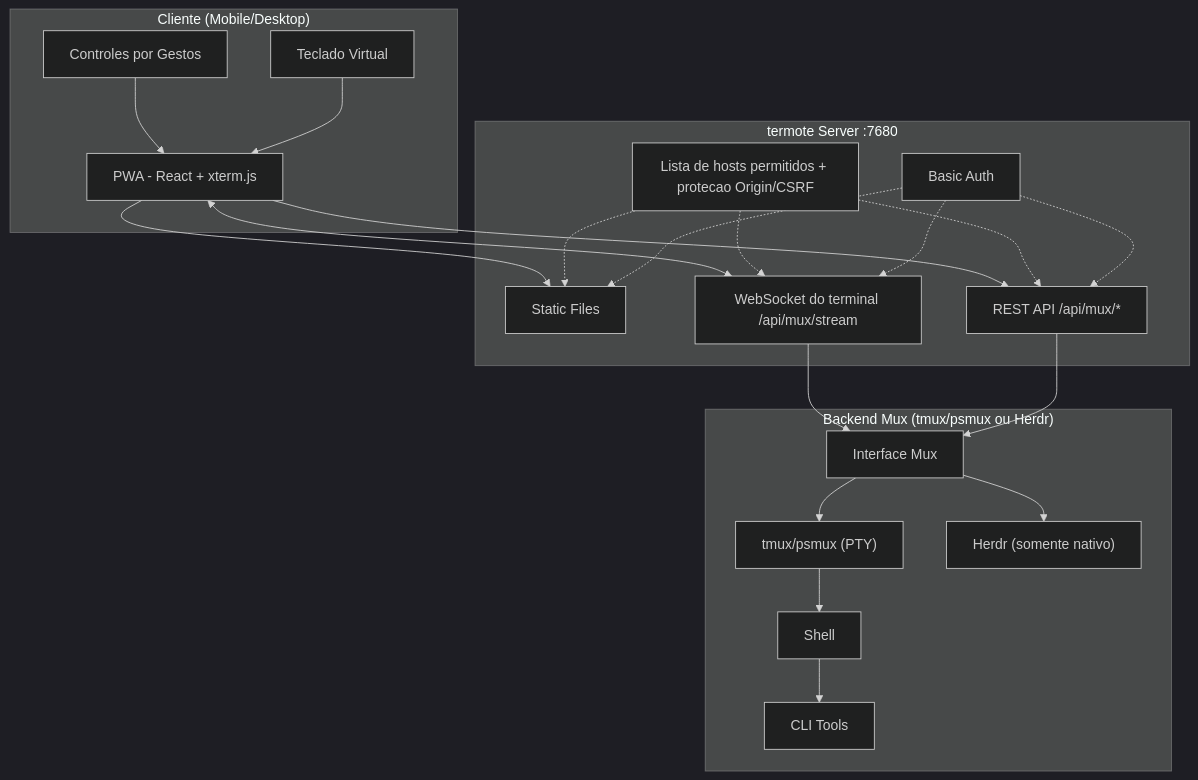
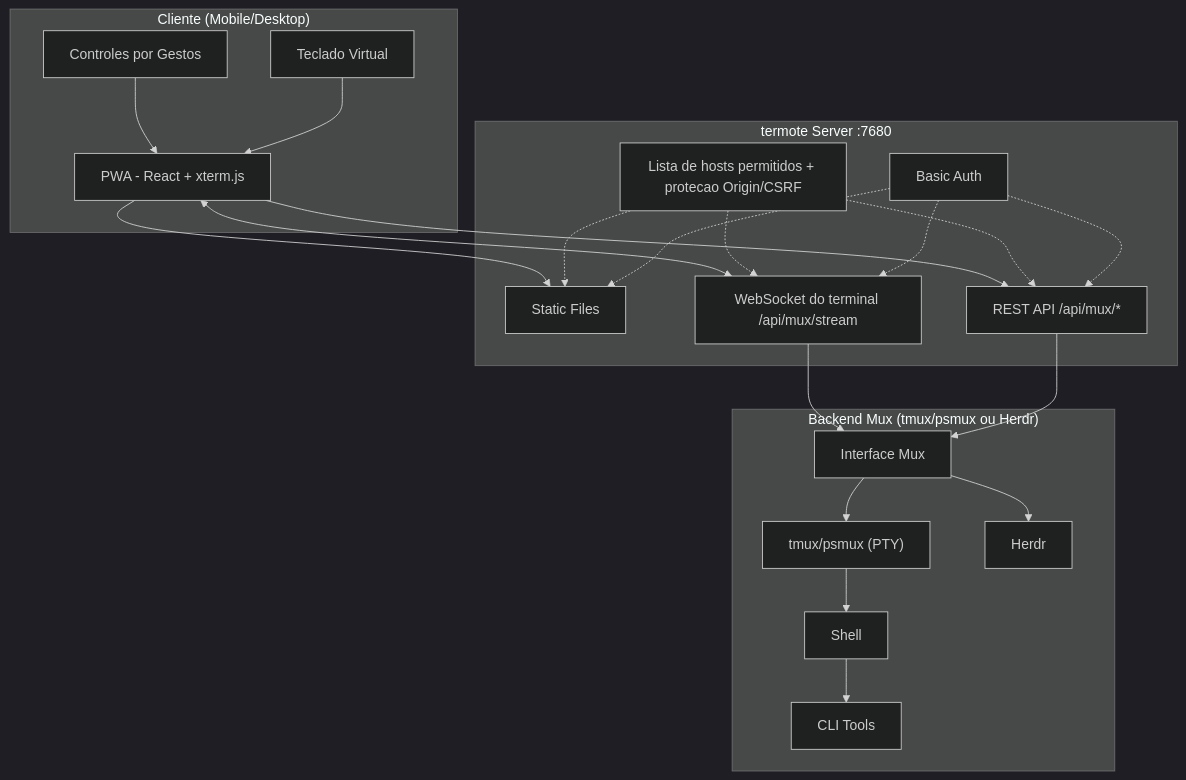
One commit to lamngockhuong/termote changed the first of 2 diagrams in README.pt-BR.md. Above: the diagram before and after it, drawn with Mermaid (dark theme). The commit also changed other lines of this file and 36 other files, not shown here.

````diff
--- a/README.pt-BR.md
+++ b/README.pt-BR.md
@@ -65,36 +65,36 @@
 ```mermaid
 flowchart TB
     subgraph Client["Cliente (Mobile/Desktop)"]
         PWA["PWA - React + xterm.js"]
         Gestures["Controles por Gestos"]
         Keyboard["Teclado Virtual"]
     end
 
     subgraph Server["termote Server :7680"]
         Static["Static Files"]
         Stream["WebSocket do terminal /api/mux/stream"]
         API["REST API /api/mux/*"]
         Guard["Lista de hosts permitidos + protecao Origin/CSRF"]
         Auth["Basic Auth"]
     end
 
     subgraph Backend["Backend Mux (tmux/psmux ou Herdr)"]
         Mux["Interface Mux"]
         tmux["tmux/psmux (PTY)"]
-        herdr["Herdr (somente nativo)"]
+        herdr["Herdr"]
         Shell["Shell"]
         Tools["CLI Tools"]
     end
 
     Gestures --> PWA
     Keyboard --> PWA
     PWA --> Static
     PWA <--> Stream
     PWA --> API
     Guard -.-> Static & Stream & API
     Auth -.-> Static & Stream & API
     Stream --> Mux
     API --> Mux
     Mux --> tmux & herdr
     tmux --> Shell --> Tools
 ```
````
